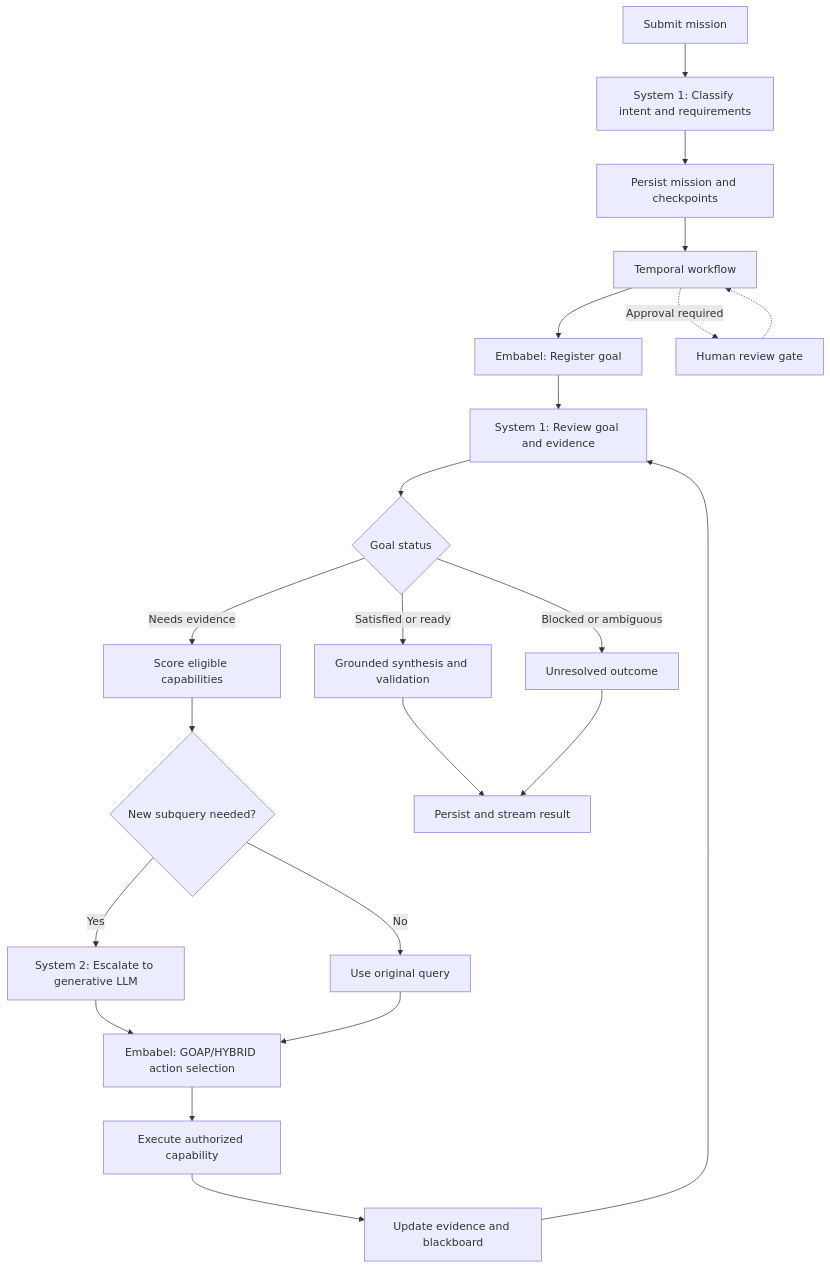
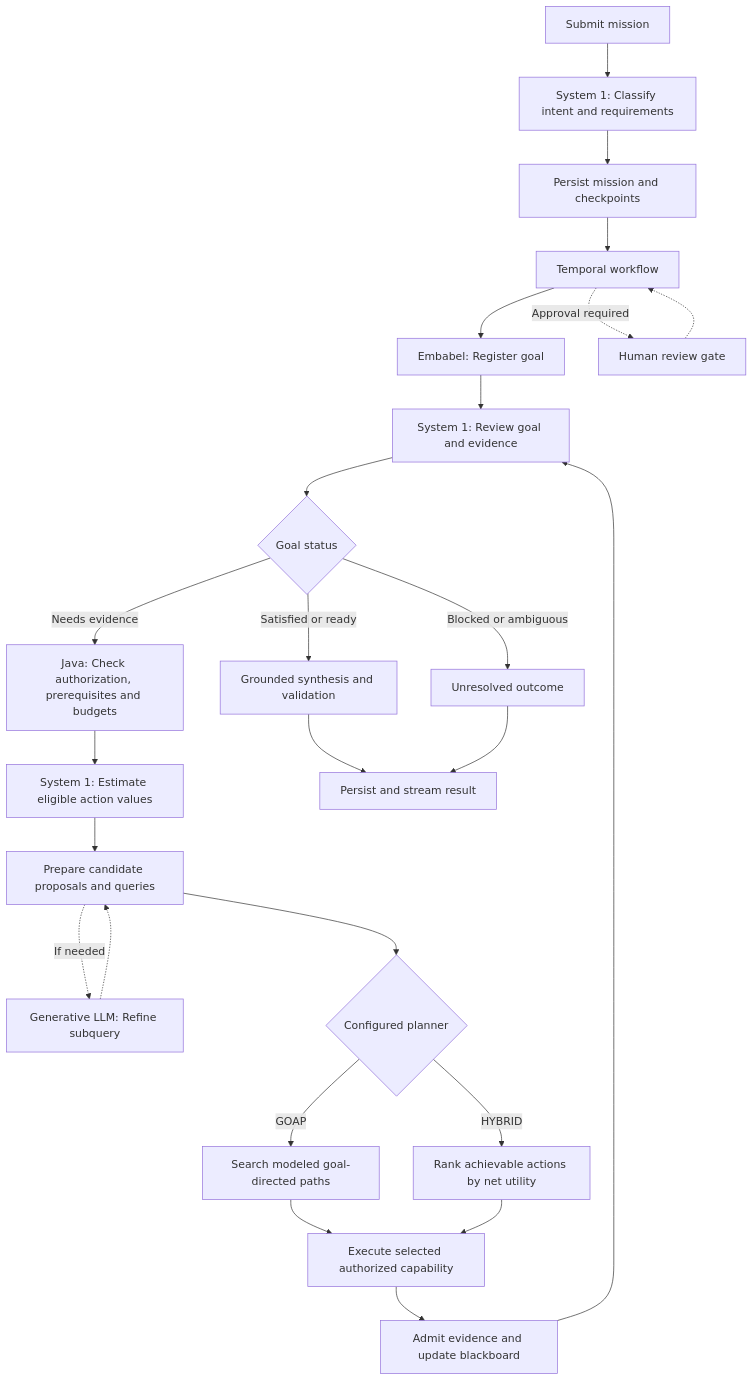
The second of 2 diagrams in README.md (hashedgrey/Sparrow-x), drawn with Mermaid before and after one commit. The commit also changed other lines of this file and 3 other files, not shown here.

Commit message:
docs(architecture): clarify semantic judgment, symbolic planning and execution authority

````diff
--- a/README.md
+++ b/README.md
@@ -81,29 +96,31 @@
 ```mermaid
 flowchart TD
     A[Submit mission] --> B[System 1: Classify intent and requirements]
     B --> C[Persist mission and checkpoints]
     C --> D[Temporal workflow]
     D --> E[Embabel: Register goal]
     E --> F[System 1: Review goal and evidence]
     F --> G{Goal status}
 
-    G -->|Needs evidence| H[Score eligible capabilities]
-    H --> I{New subquery needed?}
-    I -->|Yes| J[System 2: Escalate to generative LLM]
-    I -->|No| K[Use original query]
-
-    J --> L[Embabel: GOAP/HYBRID action selection]
-    K --> L
-    L --> M[Execute authorized capability]
-    M --> N[Update evidence and blackboard]
-    N --> F
+    G -->|Needs evidence| H[Java: Check authorization, prerequisites and budgets]
+    H --> I[System 1: Estimate eligible action values]
+    I --> J[Prepare candidate proposals and queries]
+    J -.->|If needed| K[Generative LLM: Refine subquery]
+    K -.-> J
+    J --> L{Configured planner}
+    L -->|GOAP| M[Search modeled goal-directed paths]
+    L -->|HYBRID| N[Rank achievable actions by net utility]
+    M --> S[Execute selected authorized capability]
+    N --> S
+    S --> T[Admit evidence and update blackboard]
+    T --> F
 
     G -->|Satisfied or ready| O[Grounded synthesis and validation]
     G -->|Blocked or ambiguous| P[Unresolved outcome]
 
     O --> Q[Persist and stream result]
     P --> Q
 
     D -.->|Approval required| R[Human review gate]
     R -.-> D
 ```
````
